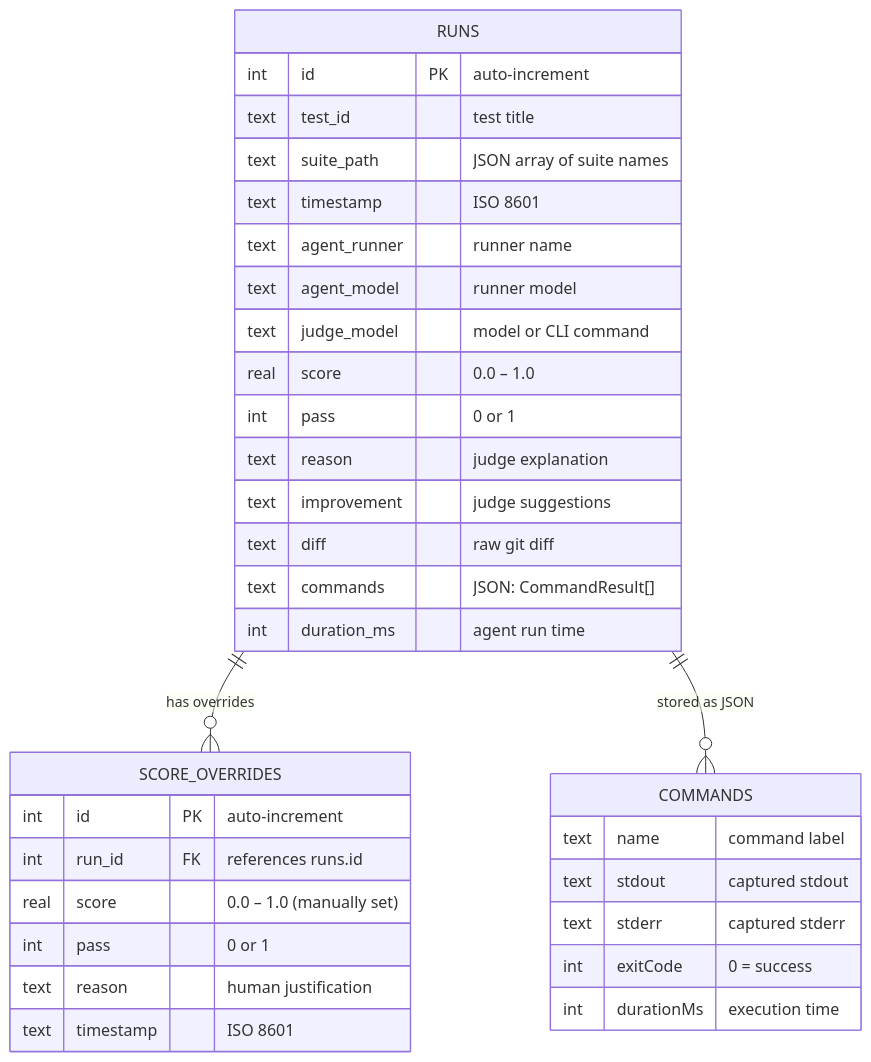
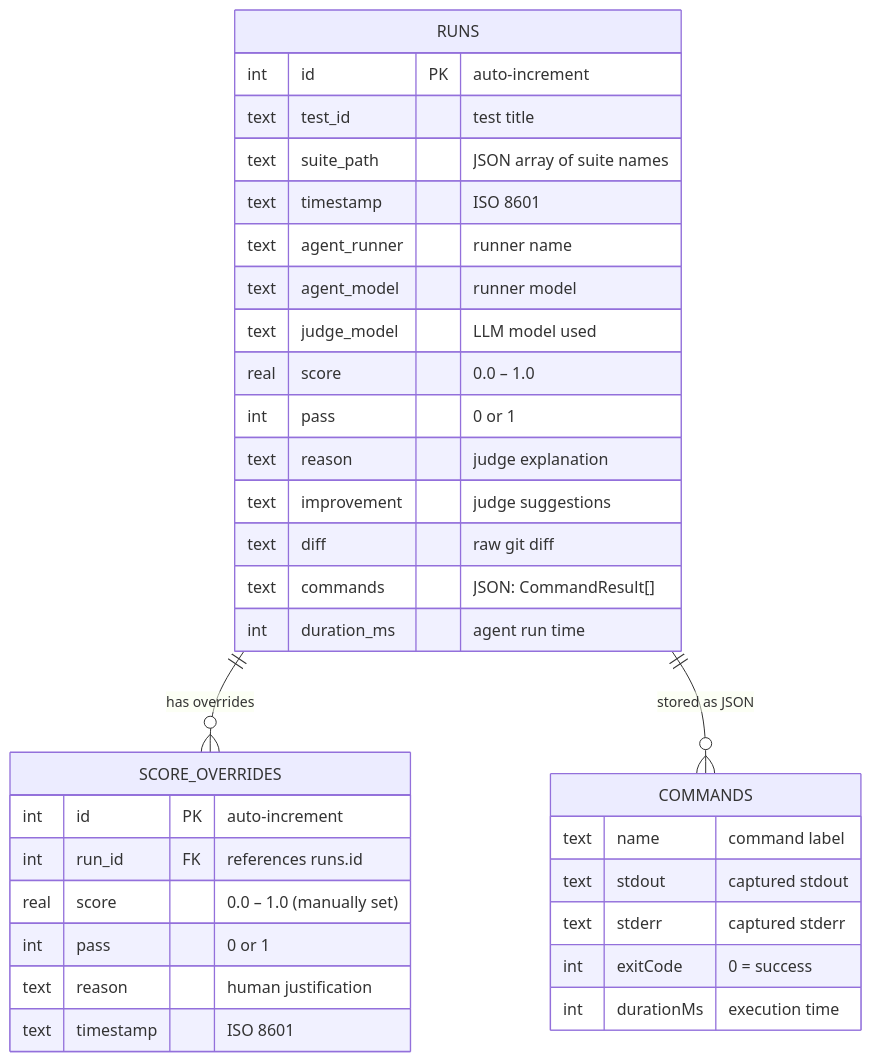
The fifth of 5 diagrams in apps/docs/guide/architecture.md (Tlahey/agent-eval), drawn with Mermaid before and after one commit. The commit also changed other lines of this file and 16 other files, not shown here.

First line of the commit message:
refactor(judge): remove CLI judge, keep only LLM API path

````diff
--- a/apps/docs/guide/architecture.md
+++ b/apps/docs/guide/architecture.md
@@ -259,38 +251,38 @@
 ```mermaid
 erDiagram
     RUNS {
         int id PK "auto-increment"
         text test_id "test title"
         text suite_path "JSON array of suite names"
         text timestamp "ISO 8601"
         text agent_runner "runner name"
         text agent_model "runner model"
-        text judge_model "model or CLI command"
+        text judge_model "LLM model used"
         real score "0.0 – 1.0"
         int pass "0 or 1"
         text reason "judge explanation"
         text improvement "judge suggestions"
         text diff "raw git diff"
         text commands "JSON: CommandResult[]"
         int duration_ms "agent run time"
     }
 
     SCORE_OVERRIDES {
         int id PK "auto-increment"
         int run_id FK "references runs.id"
         real score "0.0 – 1.0 (manually set)"
         int pass "0 or 1"
         text reason "human justification"
         text timestamp "ISO 8601"
     }
 
     RUNS ||--o{ SCORE_OVERRIDES : "has overrides"
     RUNS ||--o{ COMMANDS : "stored as JSON"
     COMMANDS {
         text name "command label"
         text stdout "captured stdout"
         text stderr "captured stderr"
         int exitCode "0 = success"
         int durationMs "execution time"
     }
 ```
````
